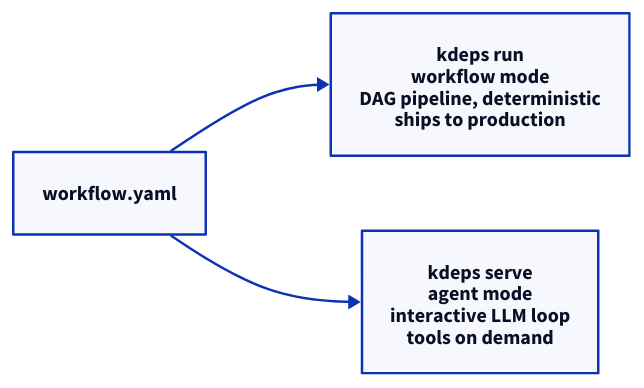
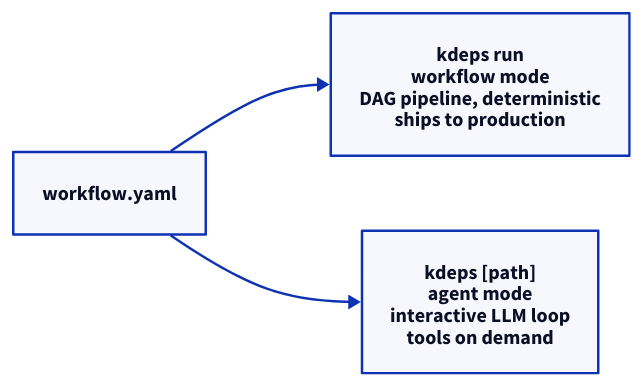
Before and after one commit to kdeps/kdeps: the diagram in docs/v2/concepts/why-kdeps.md, drawn with D2. The commit also changed other lines of this file and 10 other files, not shown here.

First line of the commit message:
docs: replace kdeps serve with kdeps [path]; fix kdeps init -> kdeps new

````diff
--- a/docs/v2/concepts/why-kdeps.md
+++ b/docs/v2/concepts/why-kdeps.md
@@ -53,10 +53,10 @@
 ```d2
 direction: right
 
 A: workflow.yaml
 B: "kdeps run\nworkflow mode\nDAG pipeline, deterministic\nships to production"
-C: "kdeps serve\nagent mode\ninteractive LLM loop\ntools on demand"
+C: "kdeps [path]\nagent mode\ninteractive LLM loop\ntools on demand"
 
 A -> B
 A -> C
 ```
````
